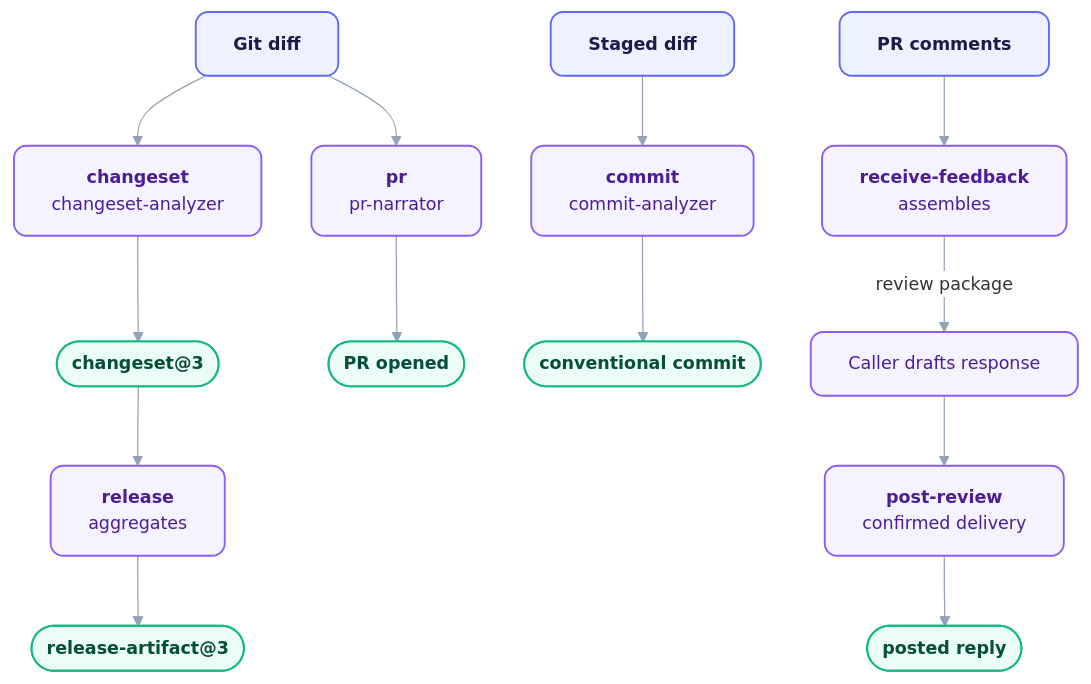
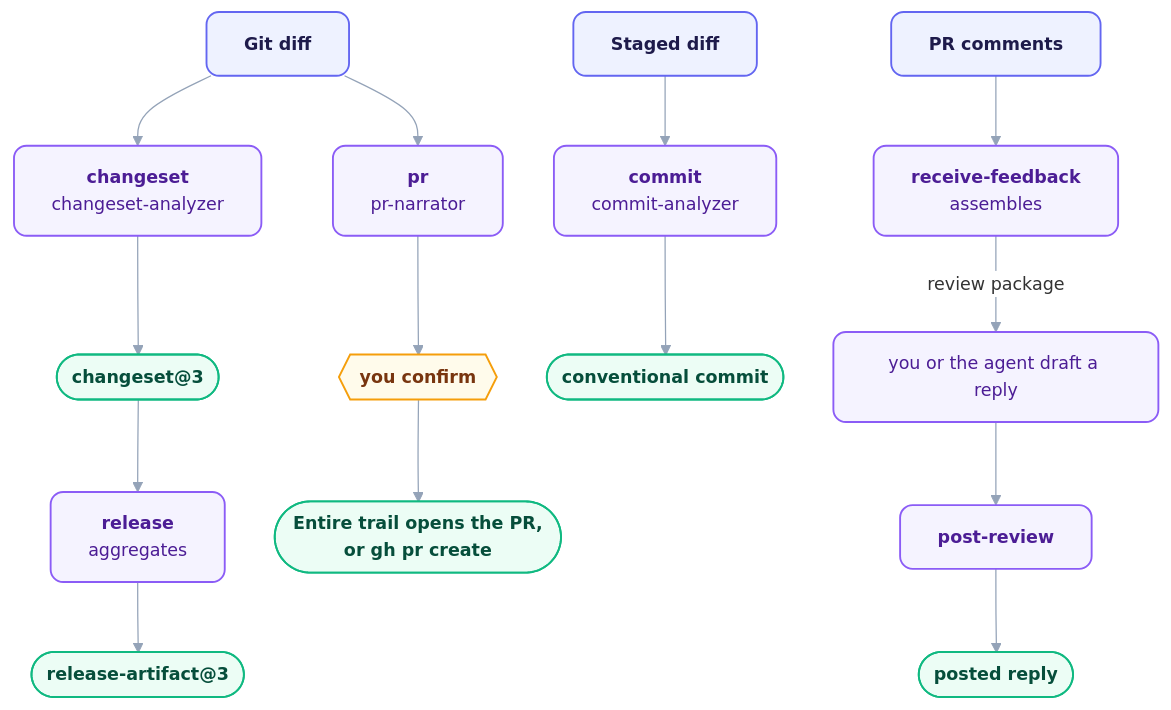
One commit to orin-dx/wisp-plugins changed the diagram in plugins/courier/README.md. Above: the diagram before and after it, drawn with Mermaid. The commit also changed other lines of this file and 43 other files, not shown here.

First line of the commit message:
docs: finish v5 docs, diagrams, plugin READMEs and mason for the v5 model

````diff
--- a/plugins/courier/README.md
+++ b/plugins/courier/README.md
@@ -76,20 +45,19 @@
 ```mermaid
 %%{init: {'theme': 'base', 'flowchart': {'curve': 'basis', 'nodeSpacing': 40, 'rankSpacing': 56}, 'themeVariables': {'fontFamily': 'Inter, ui-sans-serif, system-ui, sans-serif', 'fontSize': '14px', 'lineColor': '#94a3b8', 'edgeLabelBackground': '#ffffff'}}}%%
 flowchart TD
     classDef source fill:#eef2ff,stroke:#6366f1,stroke-width:1.5px,color:#1e1b4b,rx:10px,ry:10px,font-weight:600;
     classDef engine fill:#f5f3ff,stroke:#8b5cf6,stroke-width:1.5px,color:#4c1d95,rx:10px,ry:10px;
+    classDef router fill:#fffbeb,stroke:#f59e0b,stroke-width:1.5px,color:#78350f,rx:10px,ry:10px,font-weight:600;
     classDef output fill:#ecfdf5,stroke:#10b981,stroke-width:1.5px,color:#064e3b,rx:10px,ry:10px,font-weight:600;
 
     Diff["Git diff"] --> Changeset["<b>changeset</b><br/>changeset-analyzer"] --> CS(["changeset@3"])
-    Diff --> PR["<b>pr</b><br/>pr-narrator"] --> PROut(["PR opened"])
     CS --> Release["<b>release</b><br/>aggregates"] --> RelOut(["release-artifact@3"])
-
     Staged["Staged diff"] --> Commit["<b>commit</b><br/>commit-analyzer"] --> CommitOut(["conventional commit"])
-
-    Comments["PR comments"] --> Receive["<b>receive-feedback</b><br/>assembles"]
-    Receive -->|"review package"| Draft["Caller drafts response"] --> Post["<b>post-review</b><br/>confirmed delivery"] --> Reply(["posted reply"])
+    Diff --> PR["<b>pr</b><br/>pr-narrator"] --> Confirm{{"you confirm"}} --> PROut(["Entire trail opens the PR,<br/>or gh pr create"])
+    Comments["PR comments"] --> Receive["<b>receive-feedback</b><br/>assembles"] -->|"review package"| Draft["you or the agent draft a reply"] --> Post["<b>post-review</b>"] --> Reply(["posted reply"])
 
     class Diff,Staged,Comments source
     class Changeset,PR,Release,Commit,Receive,Draft,Post engine
+    class Confirm router
     class CS,PROut,RelOut,CommitOut,Reply output
 ```
````
